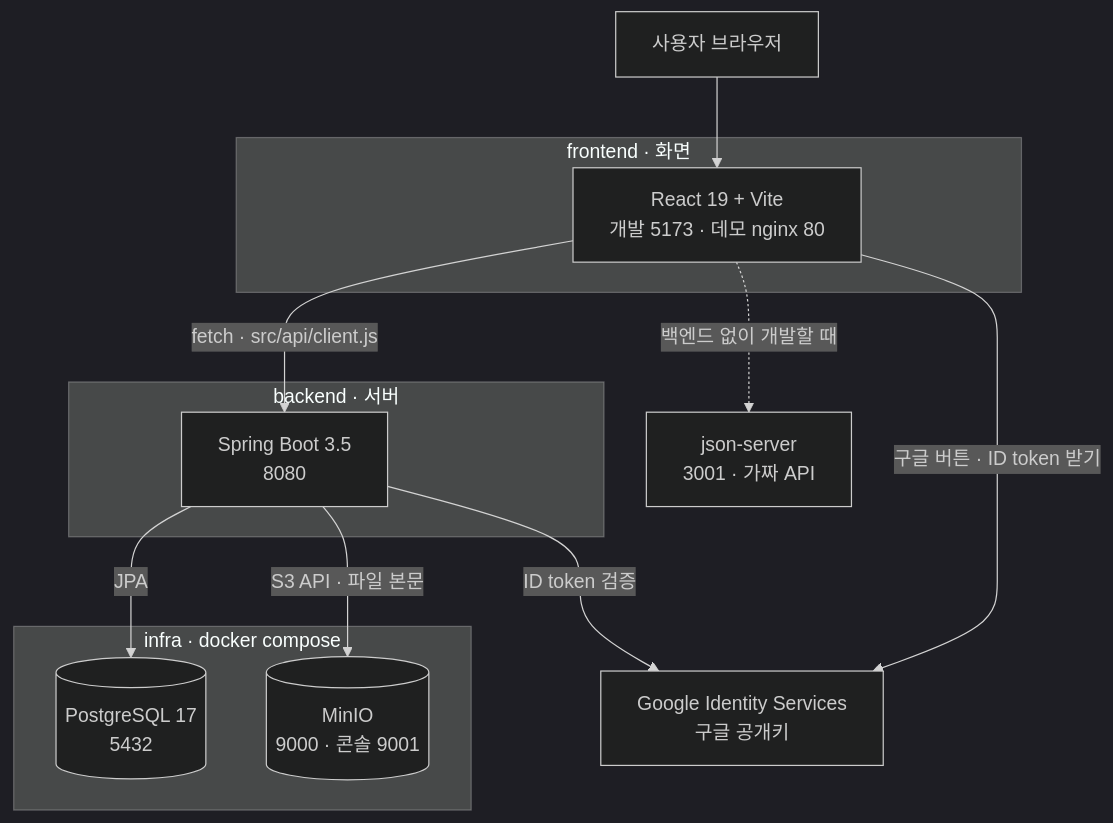
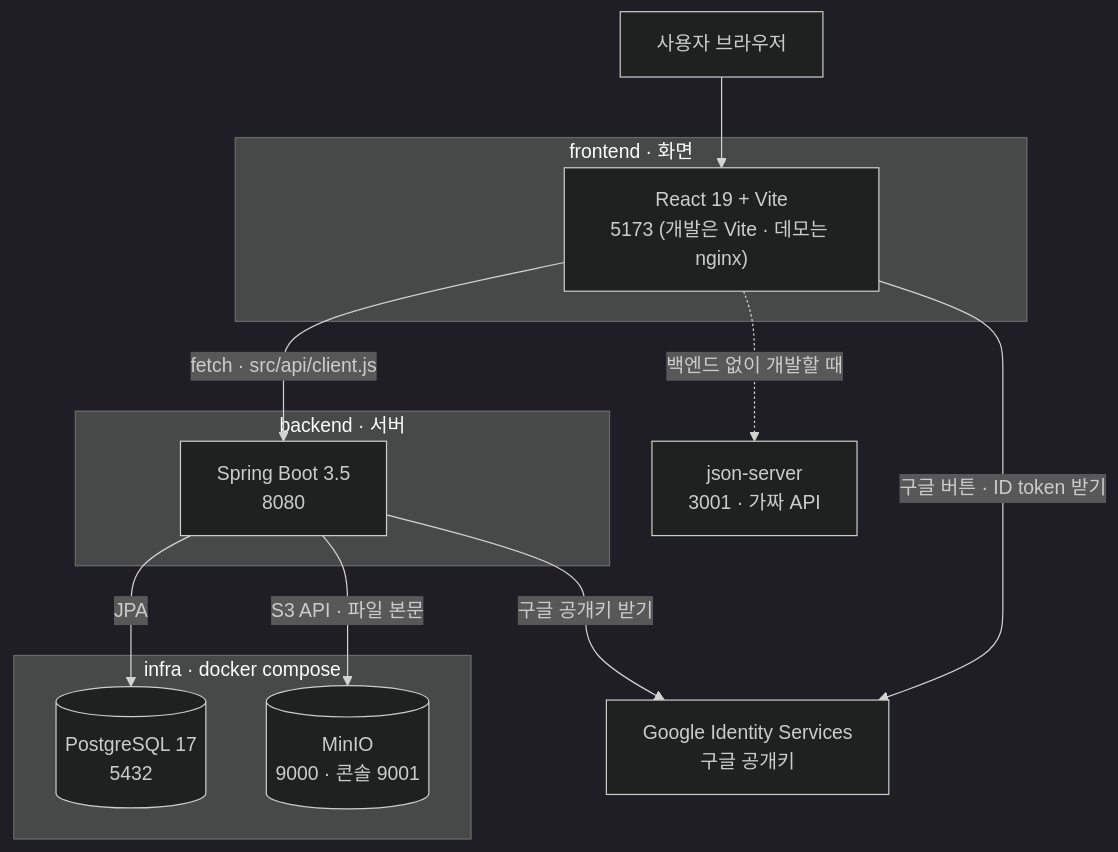
One commit to Pyrite9/footprint-demo changed the first of 6 diagrams in docs/architecture.md. Above: the diagram before and after it, drawn with Mermaid (dark theme). The commit also changed other lines of this file and 11 other files, not shown here.

````diff
--- a/docs/architecture.md
+++ b/docs/architecture.md
@@ -13,28 +13,28 @@
 ```mermaid
 flowchart TB
     user["사용자 브라우저"]
 
     subgraph front["frontend · 화면"]
-        react["React 19 + Vite<br/>개발 5173 · 데모 nginx 80"]
+        react["React 19 + Vite<br/>5173 (개발은 Vite · 데모는 nginx)"]
     end
 
     subgraph back["backend · 서버"]
         boot["Spring Boot 3.5<br/>8080"]
     end
 
     subgraph infra["infra · docker compose"]
         db[("PostgreSQL 17<br/>5432")]
         minio[("MinIO<br/>9000 · 콘솔 9001")]
     end
 
     google["Google Identity Services<br/>구글 공개키"]
     mock["json-server<br/>3001 · 가짜 API"]
 
     user --> react
     react -- "fetch · src/api/client.js" --> boot
     react -. "백엔드 없이 개발할 때" .-> mock
     react -- "구글 버튼 · ID token 받기" --> google
     boot -- "JPA" --> db
     boot -- "S3 API · 파일 본문" --> minio
-    boot -- "ID token 검증" --> google
+    boot -- "구글 공개키 받기" --> google
 ```
````
